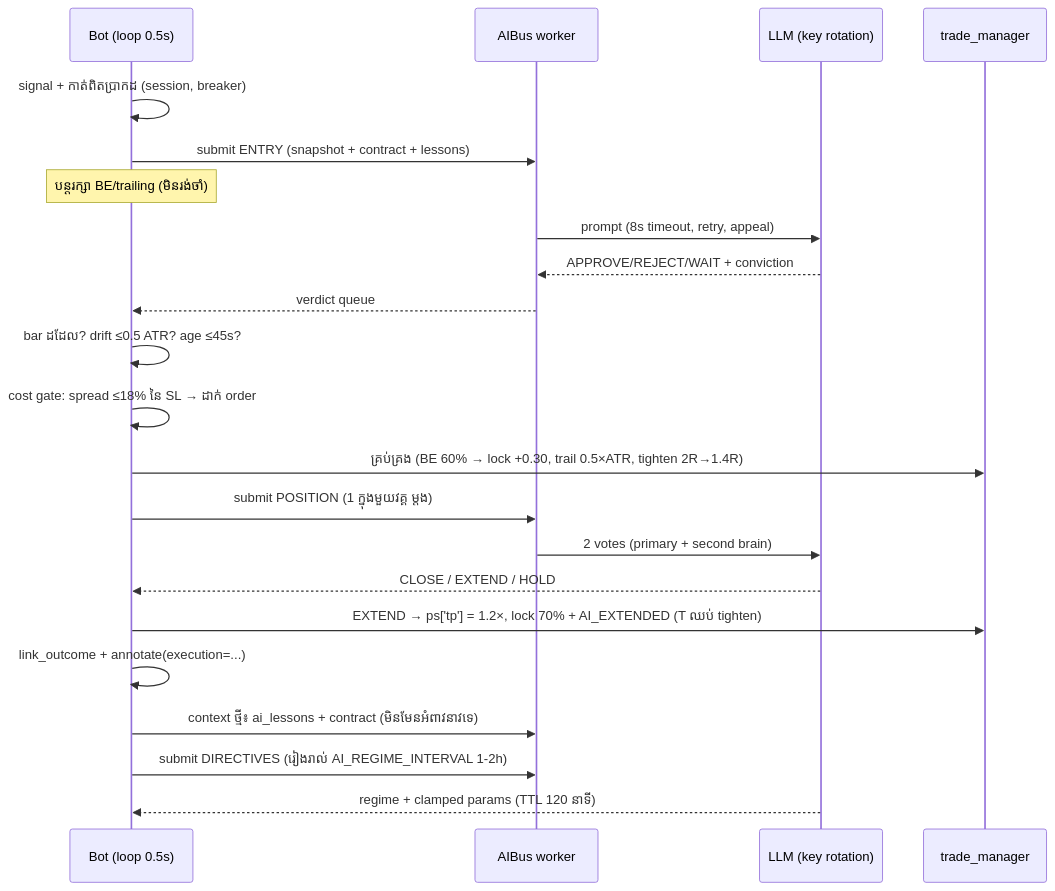
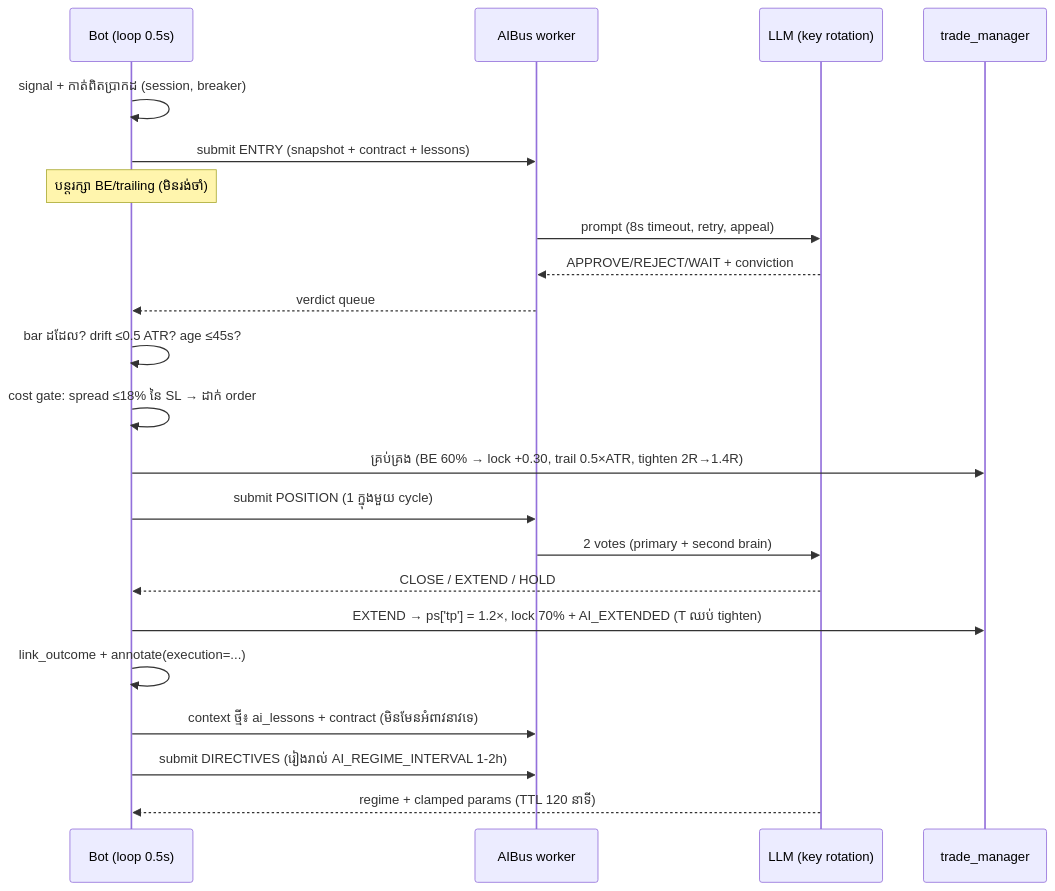
The third of 3 diagrams in docs/FLOW_AI_BOT.md (mateho-369/bot-trade), drawn with Mermaid before and after one commit. The commit also changed other lines of this file and 11 other files, not shown here.

````diff
--- a/docs/FLOW_AI_BOT.md
+++ b/docs/FLOW_AI_BOT.md
@@ -109,24 +109,24 @@
 ```mermaid
 sequenceDiagram
     participant B as Bot (loop 0.5s)
     participant U as AIBus worker
     participant AI as LLM (key rotation)
     participant T as trade_manager
     B->>B: signal + កាត់ពិតប្រាកដ (session, breaker)
     B->>U: submit ENTRY (snapshot + contract + lessons)
     Note over B: បន្តរក្សា BE/trailing (មិនរង់ចាំ)
     U->>AI: prompt (8s timeout, retry, appeal)
     AI-->>U: APPROVE/REJECT/WAIT + conviction
     U-->>B: verdict queue
     B->>B: bar ដដែល? drift ≤0.5 ATR? age ≤45s?
     B->>B: cost gate: spread ≤18% នៃ SL → ដាក់ order
     B->>T: គ្រប់គ្រង (BE 60% → lock +0.30, trail 0.5×ATR, tighten 2R→1.4R)
-    B->>U: submit POSITION (1 ក្នុងមួយវគ្គ ម្តង)
+    B->>U: submit POSITION (1 ក្នុងមួយ cycle)
     U->>AI: 2 votes (primary + second brain)
     AI-->>B: CLOSE / EXTEND / HOLD
     B->>T: EXTEND → ps['tp'] = 1.2×, lock 70% + AI_EXTENDED (T ឈប់ tighten)
     B->>B: link_outcome + annotate(execution=...)
     B->>U: context ថ្មី៖ ai_lessons + contract (មិនមែនអំពាវនាវទេ)
     B->>U: submit DIRECTIVES (រៀងរាល់ AI_REGIME_INTERVAL 1-2h)
     AI-->>B: regime + clamped params (TTL 120 នាទី)
 ```
````
